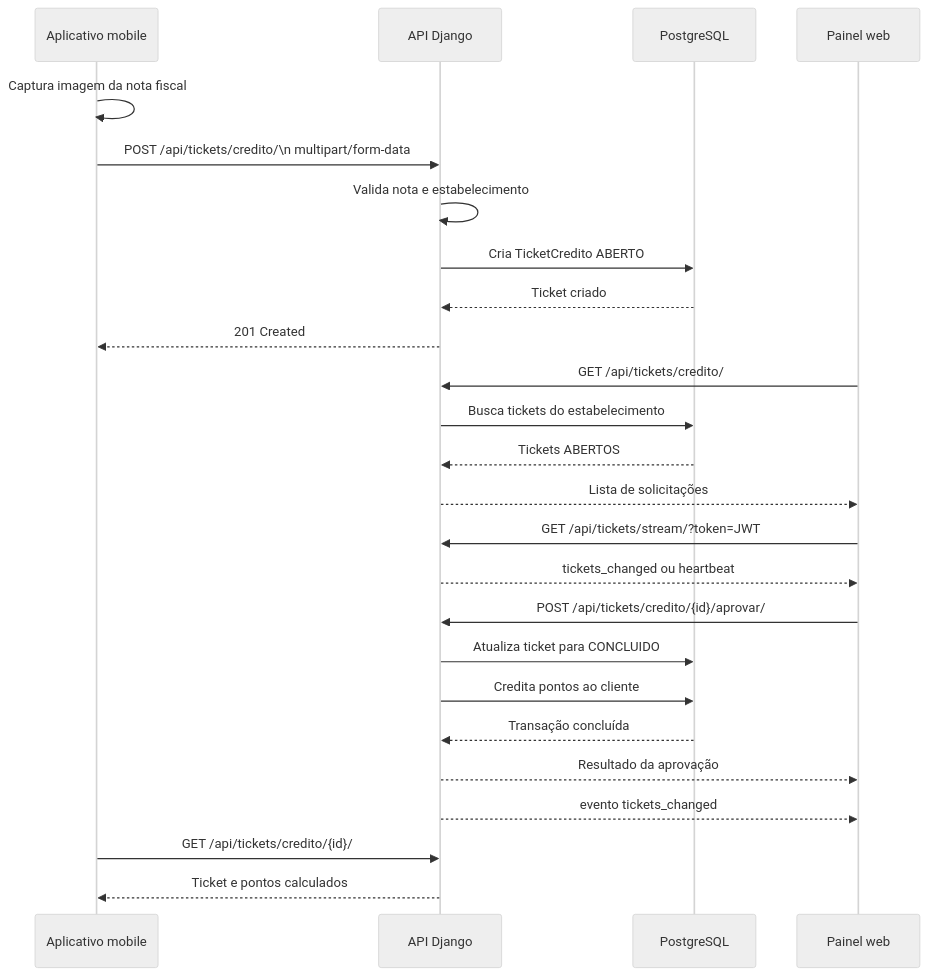
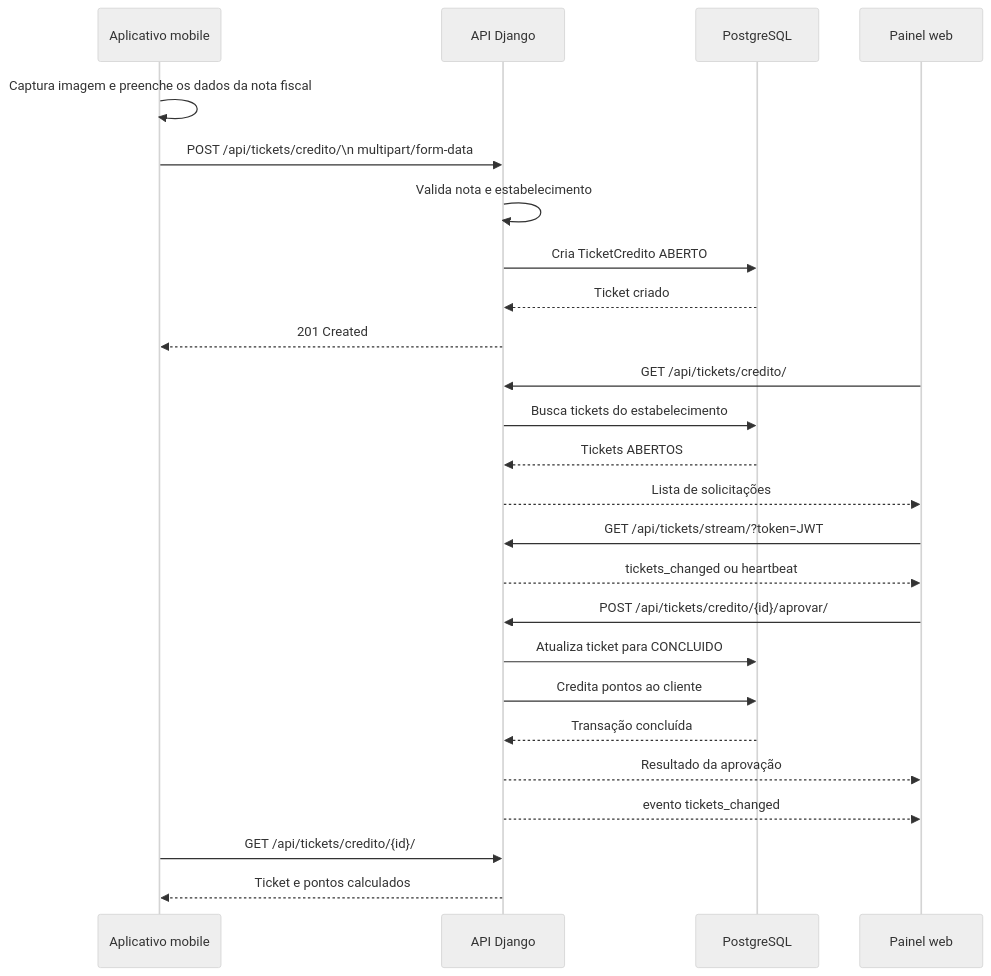
Before and after one commit to Gabriela-Amaro/JanuPoints-TCC: the fourth of 7 diagrams in docs/fluxo_requisicao.md, drawn with Mermaid (neutral theme). The commit also changed other lines of this file and 8 other files, not shown here.

````diff
--- a/docs/fluxo_requisicao.md
+++ b/docs/fluxo_requisicao.md
@@ -97,32 +97,32 @@
 ```mermaid
 sequenceDiagram
     participant Cliente as Aplicativo mobile
     participant API as API Django
     participant Banco as PostgreSQL
     participant Painel as Painel web
 
-    Cliente->>Cliente: Captura imagem da nota fiscal
+    Cliente->>Cliente: Captura imagem e preenche os dados da nota fiscal
     Cliente->>API: POST /api/tickets/credito/\n multipart/form-data
     API->>API: Valida nota e estabelecimento
     API->>Banco: Cria TicketCredito ABERTO
     Banco-->>API: Ticket criado
     API-->>Cliente: 201 Created
 
     Painel->>API: GET /api/tickets/credito/
     API->>Banco: Busca tickets do estabelecimento
     Banco-->>API: Tickets ABERTOS
     API-->>Painel: Lista de solicitações
 
     Painel->>API: GET /api/tickets/stream/?token=JWT
     API-->>Painel: tickets_changed ou heartbeat
 
     Painel->>API: POST /api/tickets/credito/{id}/aprovar/
     API->>Banco: Atualiza ticket para CONCLUIDO
     API->>Banco: Credita pontos ao cliente
     Banco-->>API: Transação concluída
     API-->>Painel: Resultado da aprovação
 
     API-->>Painel: evento tickets_changed
     Cliente->>API: GET /api/tickets/credito/{id}/
     API-->>Cliente: Ticket e pontos calculados
 ```
````
